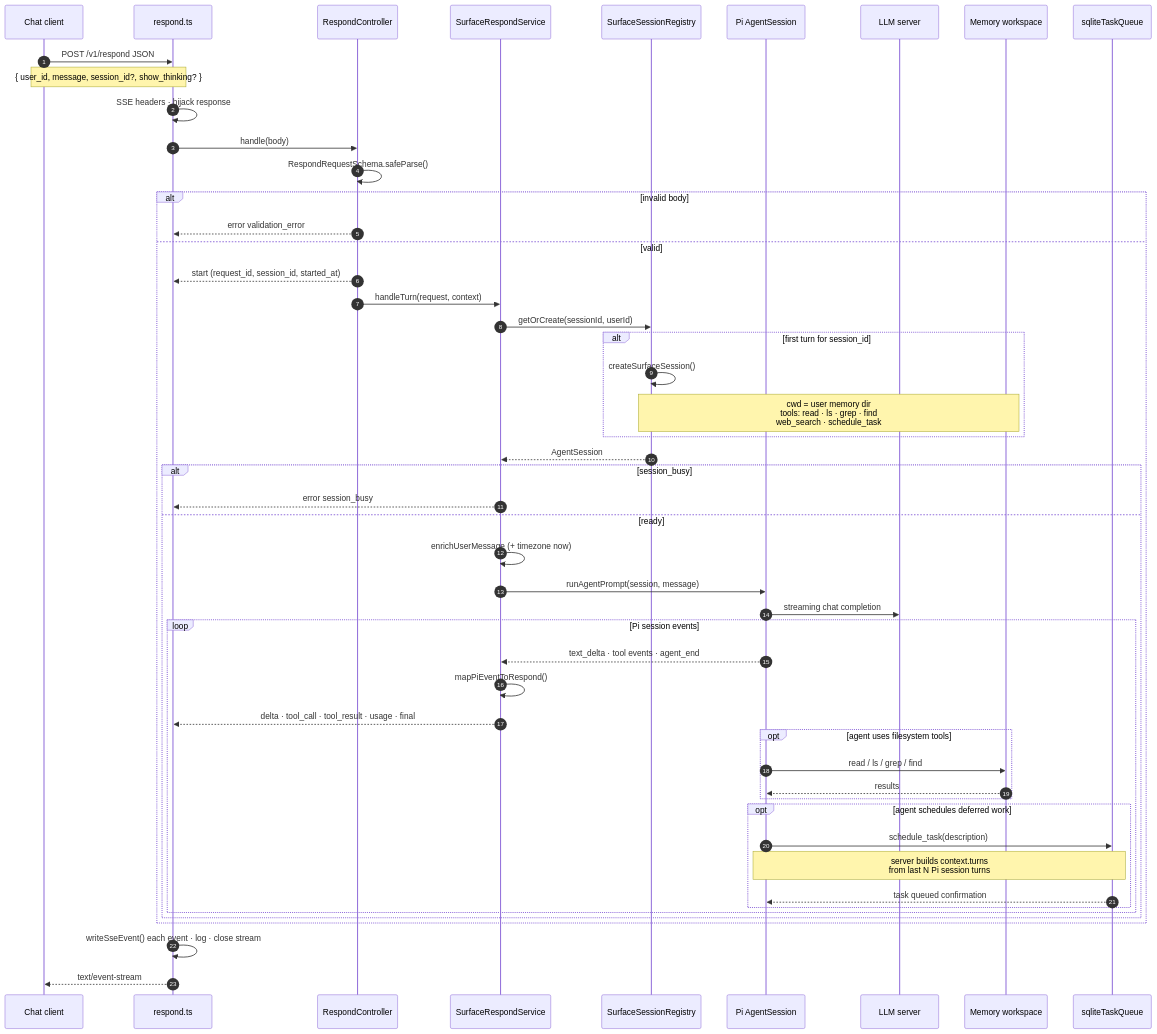
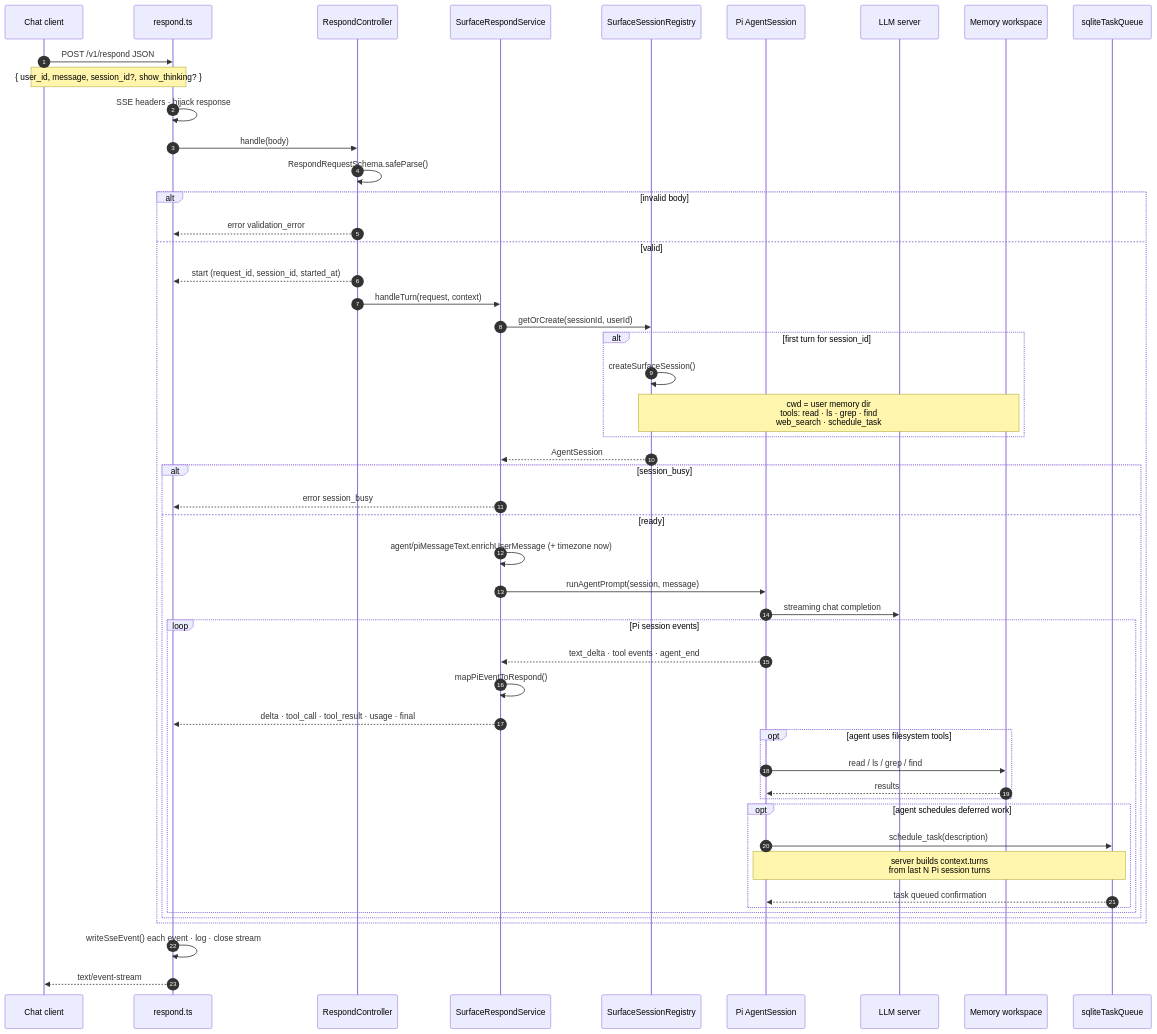
Before and after one commit to txchin0/pi-llm: the diagram in docs/repo-flow/02-request-flow.mmd, drawn with Mermaid. The commit also changed 19 other files, not shown here.

```diff
--- a/docs/repo-flow/02-request-flow.mmd
+++ b/docs/repo-flow/02-request-flow.mmd
@@ -1,117 +1,117 @@
 sequenceDiagram
 
   %% Request flow — one chat turn end-to-end
 
   autonumber
 
   participant Client as Chat client
 
   participant Route as respond.ts
 
   participant Ctrl as RespondController
 
   participant Svc as SurfaceRespondService
 
   participant Reg as SurfaceSessionRegistry
 
   participant Pi as Pi AgentSession
 
   participant LLM as LLM server
 
   participant FS as Memory workspace
 
   participant Queue as sqliteTaskQueue
 
 
 
   Client->>Route: POST /v1/respond JSON
 
   Note over Client,Route: { user_id, message, session_id?, show_thinking? }
 
 
 
   Route->>Route: SSE headers · hijack response
 
   Route->>Ctrl: handle(body)
 
 
 
   Ctrl->>Ctrl: RespondRequestSchema.safeParse()
 
   alt invalid body
 
     Ctrl-->>Route: error validation_error
 
   else valid
 
     Ctrl-->>Route: start (request_id, session_id, started_at)
 
     Ctrl->>Svc: handleTurn(request, context)
 
 
 
     Svc->>Reg: getOrCreate(sessionId, userId)
 
     alt first turn for session_id
 
       Reg->>Reg: createSurfaceSession()
 
       Note over Reg,FS: cwd = user memory dir<br/>tools: read · ls · grep · find<br/>web_search · schedule_task
 
     end
 
     Reg-->>Svc: AgentSession
 
 
 
     alt session_busy
 
       Svc-->>Route: error session_busy
 
     else ready
 
-      Svc->>Svc: enrichUserMessage (+ timezone now)
+      Svc->>Svc: agent/piMessageText.enrichUserMessage (+ timezone now)
 
       Svc->>Pi: runAgentPrompt(session, message)
 
       Pi->>LLM: streaming chat completion
 
 
 
       loop Pi session events
 
         Pi-->>Svc: text_delta · tool events · agent_end
 
         Svc->>Svc: mapPiEventToRespond()
 
         Svc-->>Route: delta · tool_call · tool_result · usage · final
 
         opt agent uses filesystem tools
 
           Pi->>FS: read / ls / grep / find
 
           FS-->>Pi: results
 
         end
 
         opt agent schedules deferred work
 
           Pi->>Queue: schedule_task(description)
 
           Note over Pi,Queue: server builds context.turns<br/>from last N Pi session turns
 
           Queue-->>Pi: task queued confirmation
 
         end
 
       end
 
     end
 
   end
 
 
 
   Route->>Route: writeSseEvent() each event · log · close stream
 
   Route-->>Client: text/event-stream
```
